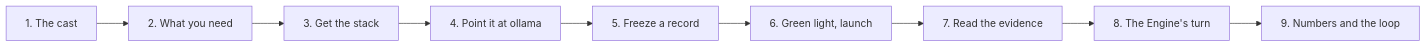
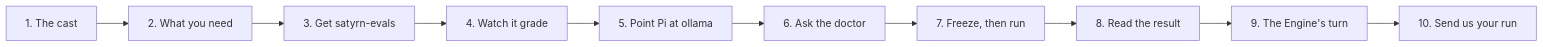
The first of 2 diagrams in docs/user-journey.md (pauleveritt/satyrn-evals), drawn with Mermaid before and after one commit. The commit also changed other lines of this file and 1 other file, not shown here.

First line of the commit message:
user journey: first run through init, doctor, run and report

````diff
--- a/docs/user-journey.md
+++ b/docs/user-journey.md
@@ -15,11 +18,12 @@
 ```mermaid
 flowchart LR
   A[1. The cast] --> B[2. What you need]
-  B --> C[3. Get the stack]
-  C --> D[4. Point it at ollama]
-  D --> E[5. Freeze a record]
-  E --> F[6. Green light, launch]
-  F --> G[7. Read the evidence]
-  G --> H[8. The Engine's turn]
-  H --> I[9. Numbers and the loop]
+  B --> C[3. Get satyrn-evals]
+  C --> D[4. Watch it grade]
+  D --> E[5. Point Pi at ollama]
+  E --> F[6. Ask the doctor]
+  F --> G[7. Freeze, then run]
+  G --> H[8. Read the result]
+  H --> I[9. The Engine's turn]
+  I --> J[10. Send us your run]
 ```
````
